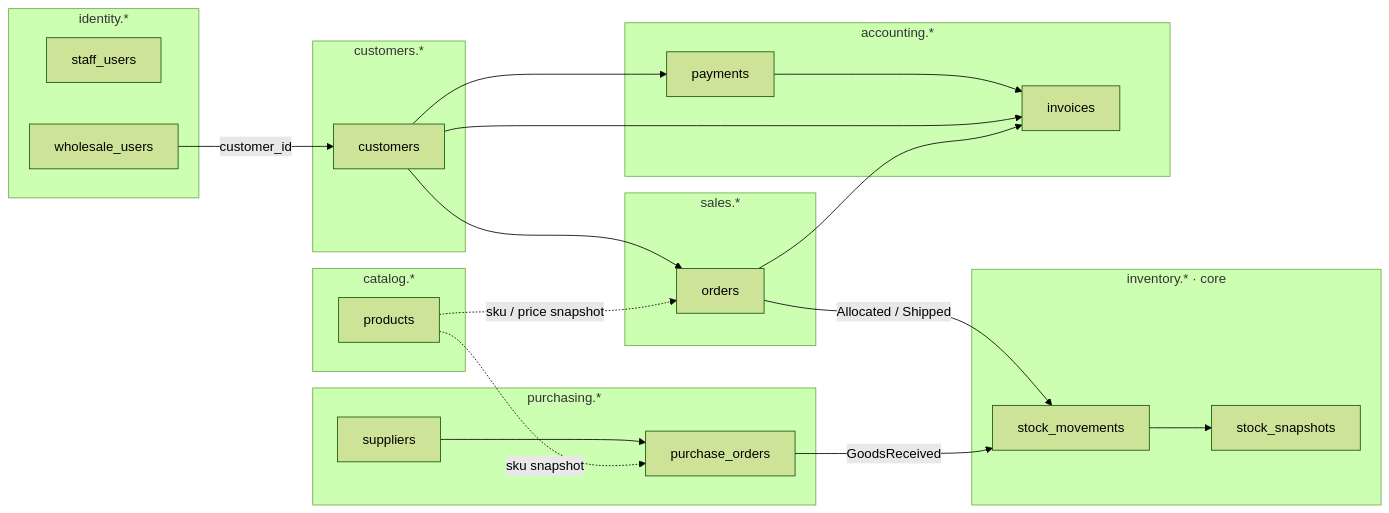
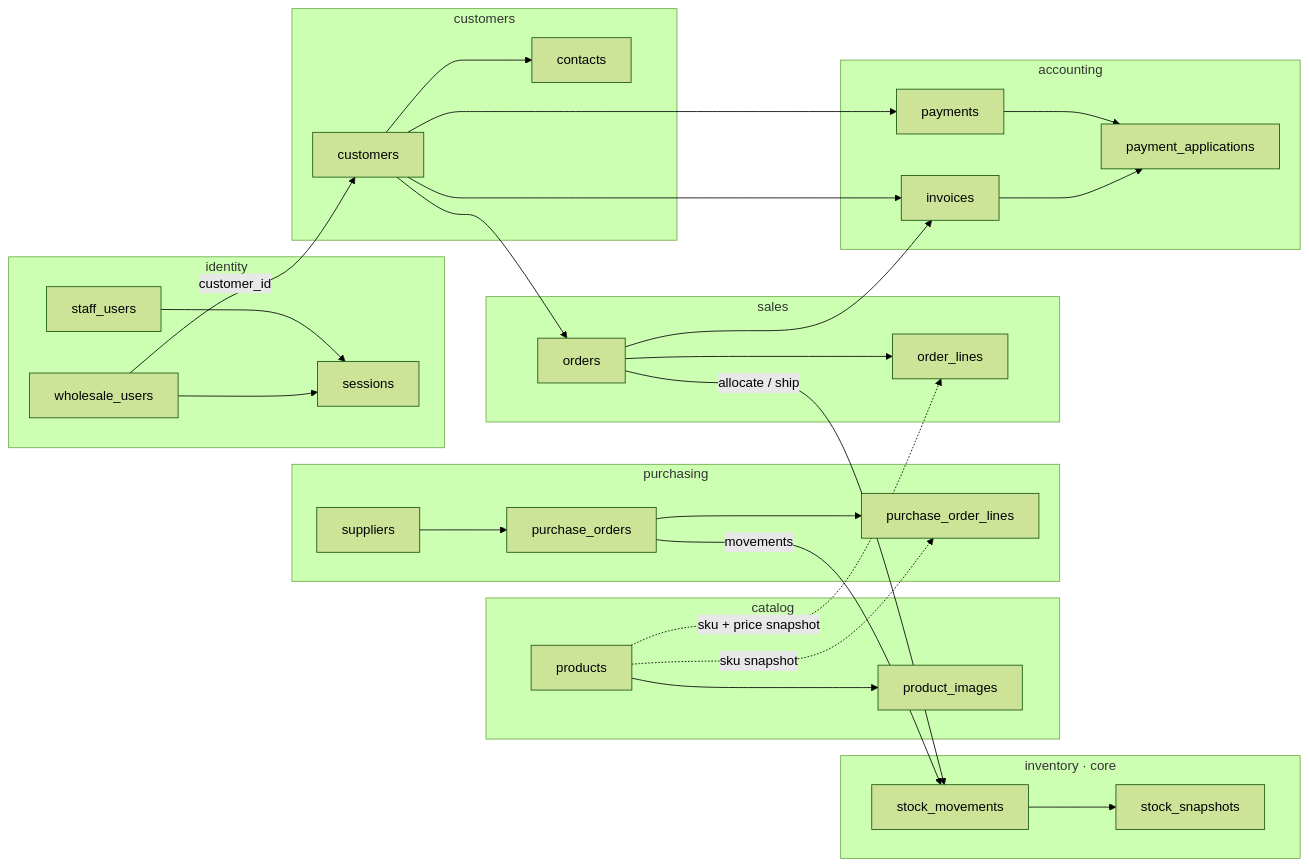
The first of 3 diagrams in docs/database-design.md (adamhinckley/dc-inventory), drawn with Mermaid (forest theme) before and after one commit. The commit also changed other lines of this file, not shown here.

````diff
--- a/docs/database-design.md
+++ b/docs/database-design.md
@@ -28,41 +14,64 @@
 ```mermaid
 flowchart LR
-  subgraph identity_s["identity.*"]
-    Staff[staff_users]
-    WhUser[wholesale_users]
-  end
-  subgraph catalog_s["catalog.*"]
-    Products[products]
-  end
-  subgraph inventory_s["inventory.* · core"]
-    Moves[stock_movements]
-    Snap[stock_snapshots]
-  end
-  subgraph purchasing_s["purchasing.*"]
-    Suppliers[suppliers]
-    POs[purchase_orders]
-  end
-  subgraph customers_s["customers.*"]
-    Customers[customers]
-  end
-  subgraph sales_s["sales.*"]
-    Orders[orders]
-  end
-  subgraph accounting_s["accounting.*"]
-    Invoices[invoices]
-    Payments[payments]
+  subgraph identity["identity"]
+    staff_users
+    wholesale_users
+    sessions
   end
 
-  WhUser -->|customer_id| Customers
-  Products -.->|sku snapshot| POs
-  Products -.->|sku / price snapshot| Orders
-  Suppliers --> POs
-  POs -->|GoodsReceived| Moves
-  Customers --> Orders
-  Orders -->|Allocated / Shipped| Moves
-  Moves --> Snap
-  Orders --> Invoices
-  Customers --> Invoices
-  Customers --> Payments
-  Payments --> Invoices
+  subgraph catalog["catalog"]
+    products
+    product_images
+  end
+
+  subgraph inventory["inventory · core"]
+    stock_movements
+    stock_snapshots
+  end
+
+  subgraph purchasing["purchasing"]
+    suppliers
+    purchase_orders
+    purchase_order_lines
+  end
+
+  subgraph customers["customers"]
+    customers_t["customers"]
+    contacts
+  end
+
+  subgraph sales["sales"]
+    orders
+    order_lines
+  end
+
+  subgraph accounting["accounting"]
+    invoices
+    payments
+    payment_applications
+  end
+
+  wholesale_users -->|customer_id| customers_t
+  staff_users --> sessions
+  wholesale_users --> sessions
+
+  products --> product_images
+  products -.->|sku snapshot| purchase_order_lines
+  products -.->|sku + price snapshot| order_lines
+
+  suppliers --> purchase_orders
+  purchase_orders --> purchase_order_lines
+  purchase_orders -->|movements| stock_movements
+
+  customers_t --> contacts
+  customers_t --> orders
+  orders --> order_lines
+  orders -->|allocate / ship| stock_movements
+  stock_movements --> stock_snapshots
+
+  orders --> invoices
+  customers_t --> invoices
+  customers_t --> payments
+  payments --> payment_applications
+  invoices --> payment_applications
 ```
````
